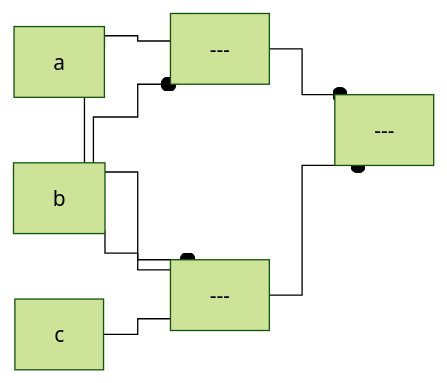
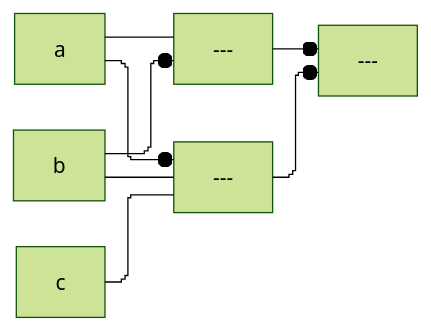
One commit to tnichols217/notes changed the diagram in CSDS 281 - Logic Design/HW/4.md. Above: the diagram before and after it, drawn with Mermaid (forest theme).

Commit message:
vault backup: 2024-02-22 22:59:14

````diff
--- a/CSDS 281 - Logic Design/HW/4.md
+++ b/CSDS 281 - Logic Design/HW/4.md
@@ -83,9 +83,9 @@
 ```mermaid
-%%{ init: { 'flowchart': { 'curve': 'stepBefore' } } }%%
+%%{ init: { 'flowchart': { 'curve': 'stepBefore', "defaultRenderer": "elk" } } }%%
 flowchart LR
 a --- nor1[---]
 b --o nor1
 a --o nor2[---]
 b & c --- nor2
 nor1 & nor2 --o nor3[---]
 ```
````
